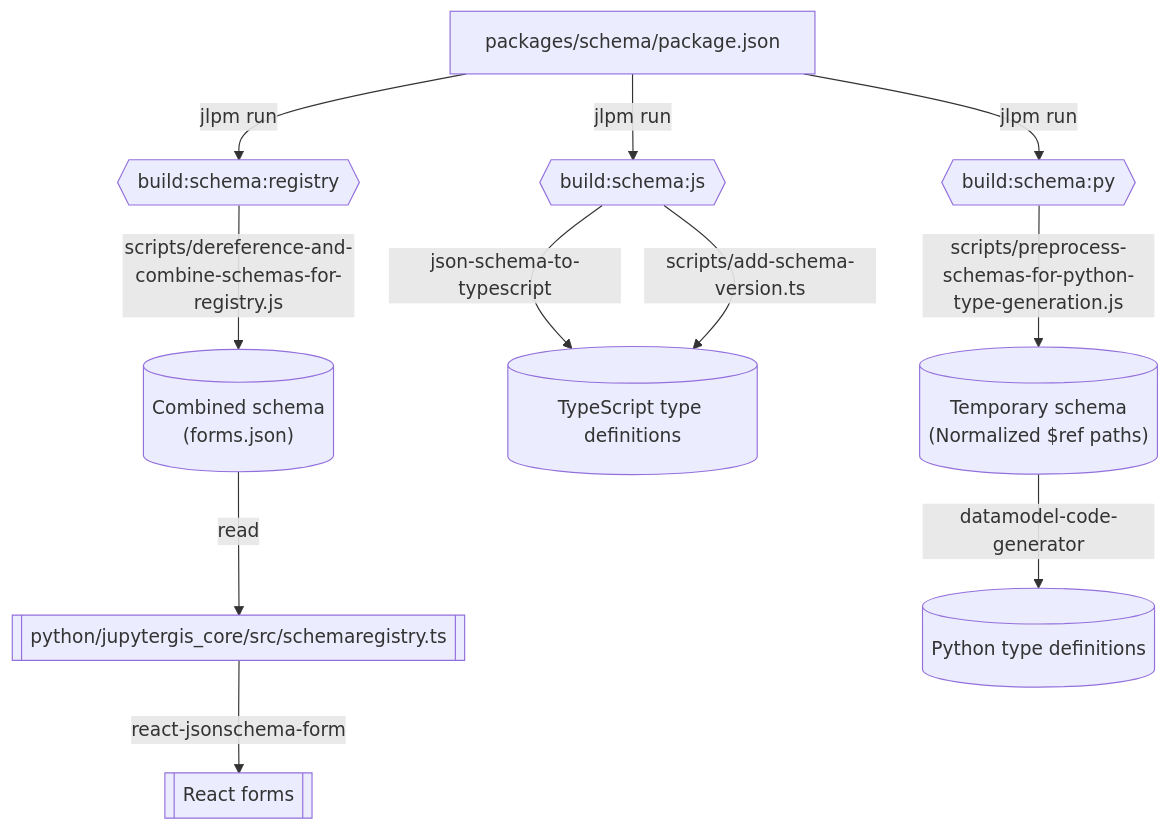
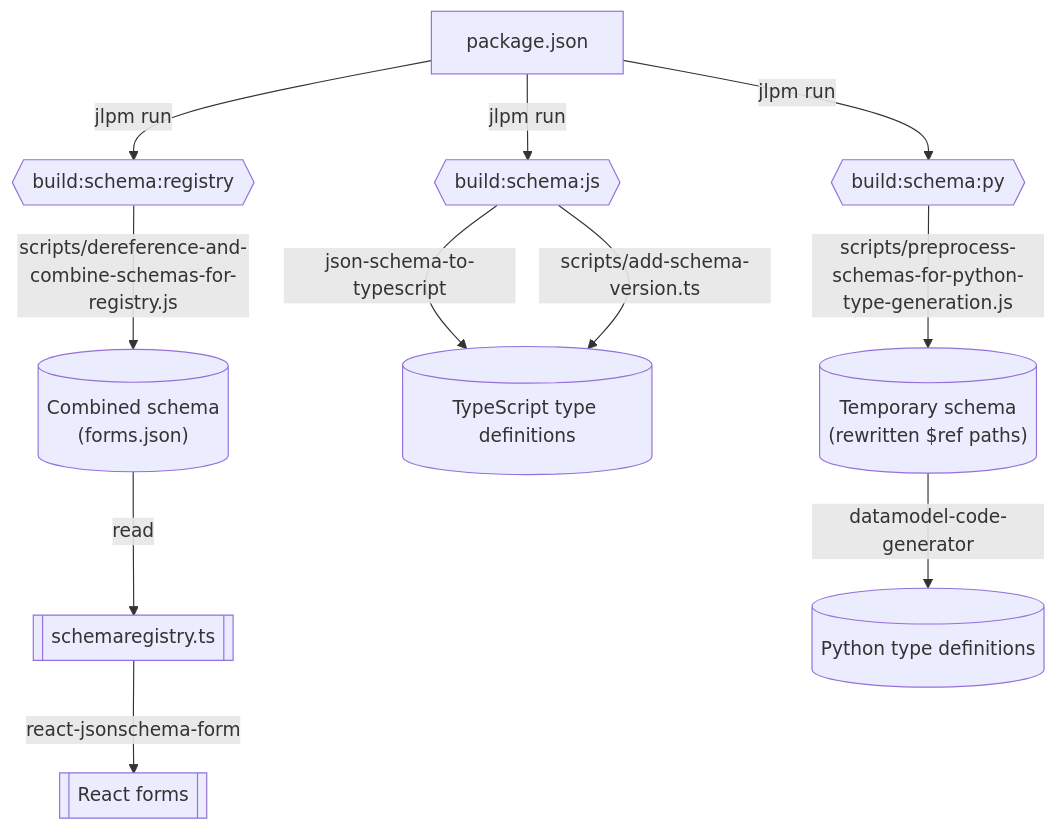
Before and after one commit to geojupyter/jupytergis: the diagram in docs/contributor_guide/explanation/code-generation.md, drawn with Mermaid. The commit also changed other lines of this file, not shown here.

Commit message:
Fix mermaid rendering issues
Some lines are too long. Handle special characters with quotes.

````diff
--- a/docs/contributor_guide/explanation/code-generation.md
+++ b/docs/contributor_guide/explanation/code-generation.md
@@ -14,30 +15,30 @@
 ```mermaid
 flowchart TD
-    package-manifest[packages/schema/package.json]
-    npm-script-schema-registry{{build:schema:registry}}
-    npm-script-schema-js{{build:schema:js}}
-    npm-script-schema-py{{build:schema:py}}
+    package-manifest["package.json"]
+    npm-script-schema-registry{{"build:schema:registry"}}
+    npm-script-schema-js{{"build:schema:js"}}
+    npm-script-schema-py{{"build:schema:py"}}
 
-    combined-schema[(Combined schema<br/>&lpar;forms.json&rpar;)]
-    schema-registry[[python/jupytergis_core/src/schemaregistry.ts]]
-    react-forms[[React forms]]
+    combined-schema[("Combined schema<br/>(forms.json)")]
+    schema-registry[["schemaregistry.ts"]]
+    react-forms[["React forms"]]
 
-    ts-types[(TypeScript type definitions)]
+    ts-types[("TypeScript type definitions")]
 
-    tmp-schema[(Temporary schema<br/>&lpar;Normalized $ref paths&rpar;)]
-    py-types[(Python type definitions)]
+    tmp-schema[("Temporary schema<br/>(rewritten $ref paths)")]
+    py-types[("Python type definitions")]
 
     package-manifest -->|jlpm run| npm-script-schema-registry
     package-manifest -->|jlpm run| npm-script-schema-js
     package-manifest -->|jlpm run| npm-script-schema-py
 
     npm-script-schema-registry -->|scripts/dereference-and-combine-schemas-for-registry.js| combined-schema
     -->|read| schema-registry
     -->|react-jsonschema-form| react-forms
 
     npm-script-schema-js -->|json-schema-to-typescript| ts-types
     npm-script-schema-js -->|scripts/add-schema-version.ts| ts-types
 
     npm-script-schema-py -->|scripts/preprocess-schemas-for-python-type-generation.js| tmp-schema
     --> |datamodel-code-generator| py-types
 ```
````
